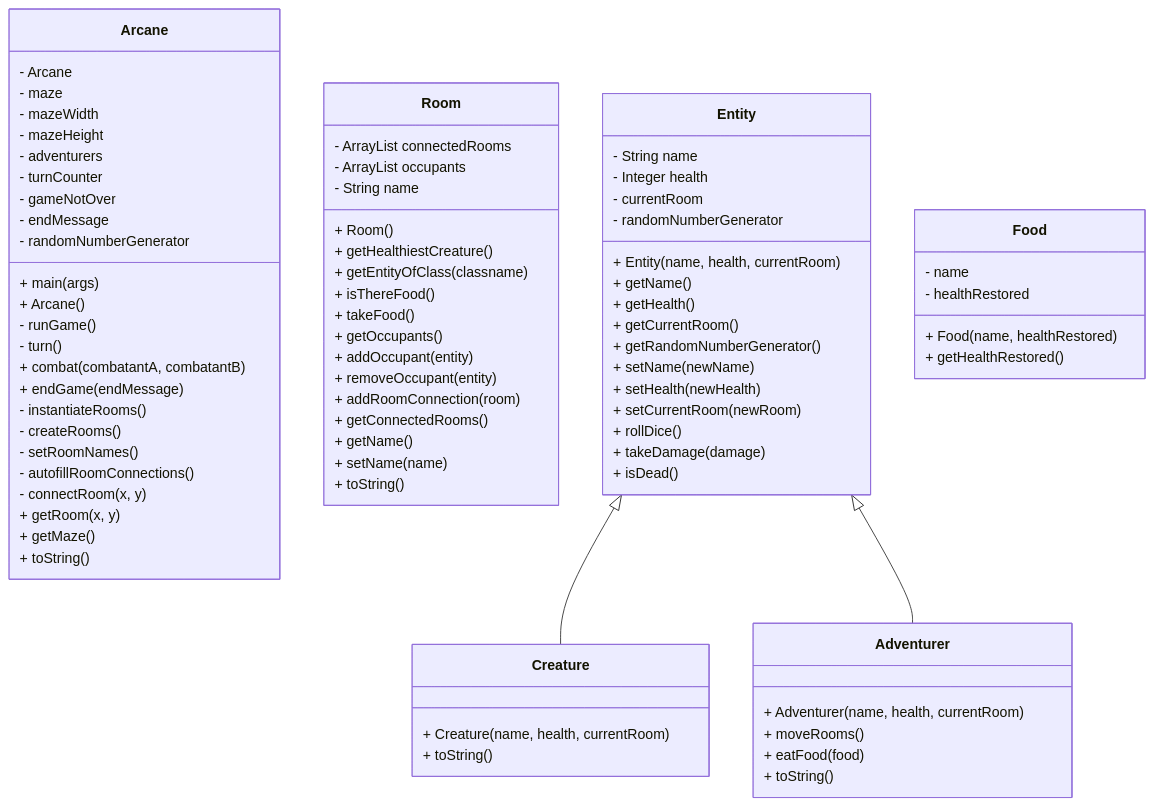
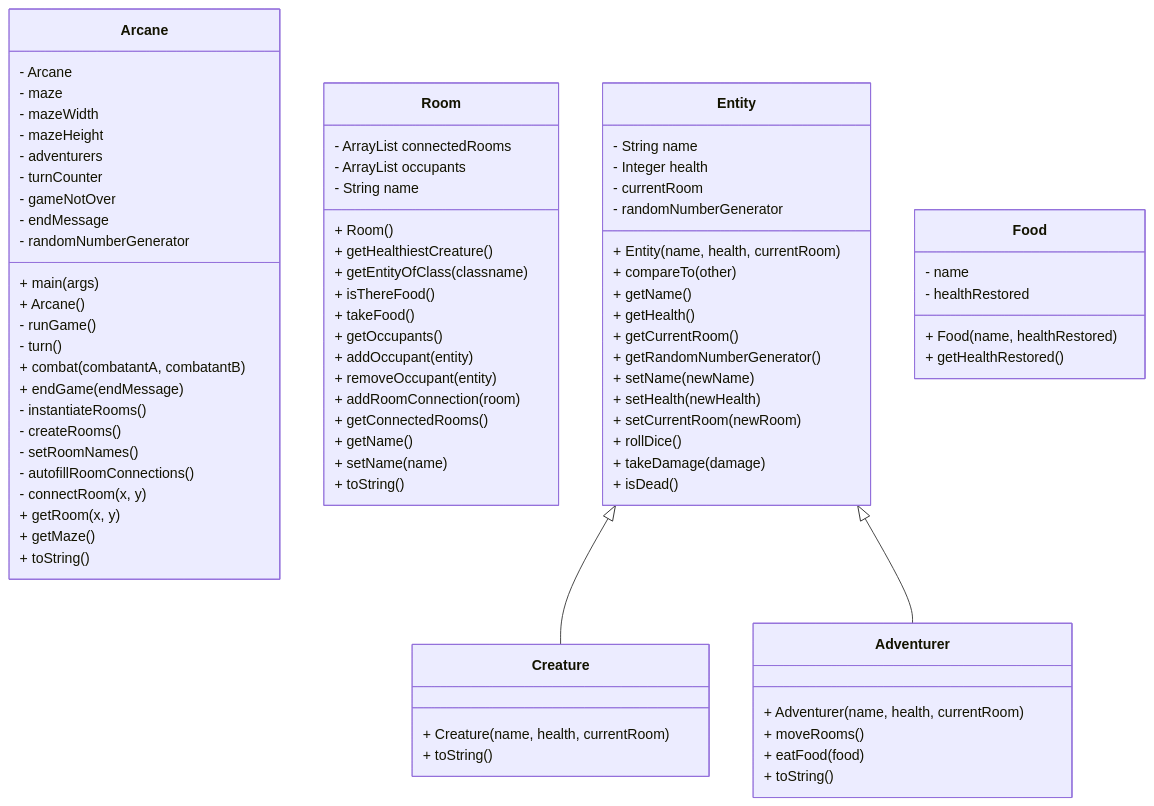
The diagram in README.md (jonathancsci/csci4448-arcane-game), drawn with Mermaid before and after one commit. The commit also changed 1 other file, not shown here.

Commit message:
Added .sort by health desc in Entity

````diff
--- a/README.md
+++ b/README.md
@@ -18,81 +18,82 @@
 ```mermaid
 classDiagram
     class Arcane {
         - Arcane
         - maze
         - mazeWidth
         - mazeHeight
         - adventurers
         - turnCounter
         - gameNotOver
         - endMessage
         - randomNumberGenerator
         + main(args)
         + Arcane()
         - runGame()
         - turn()
         + combat(combatantA, combatantB)
         + endGame(endMessage)
         - instantiateRooms()
         - createRooms()
         - setRoomNames()
         - autofillRoomConnections()
         - connectRoom(x, y)
         + getRoom(x, y)
         + getMaze()
         + toString()
     }
     class Room {
         - ArrayList<Room> connectedRooms
         - ArrayList<Entity> occupants
         - String name
         + Room()
         + getHealthiestCreature()
         + getEntityOfClass(classname)
         + isThereFood()
         + takeFood()
         + getOccupants()
         + addOccupant(entity)
         + removeOccupant(entity)
         + addRoomConnection(room)
         + getConnectedRooms()
         + getName()
         + setName(name)
         + toString()
     }
     class Entity {
         - String name
         - Integer health
         - currentRoom
         - randomNumberGenerator
         + Entity(name, health, currentRoom)
+        + compareTo(other)
         + getName()
         + getHealth()
         + getCurrentRoom()
         + getRandomNumberGenerator()
         + setName(newName)
         + setHealth(newHealth)
         + setCurrentRoom(newRoom)
         + rollDice()
         + takeDamage(damage)
         + isDead()
     }
     class Adventurer {
         + Adventurer(name, health, currentRoom)
         + moveRooms()
         + eatFood(food)
         + toString()
     }
     class Creature {
         + Creature(name, health, currentRoom)
         + toString()
     }
     class Food {
         - name
         - healthRestored
         + Food(name, healthRestored)
         + getHealthRestored()
     }
     Entity <|-- Creature
     Entity <|-- Adventurer
 ```
````
